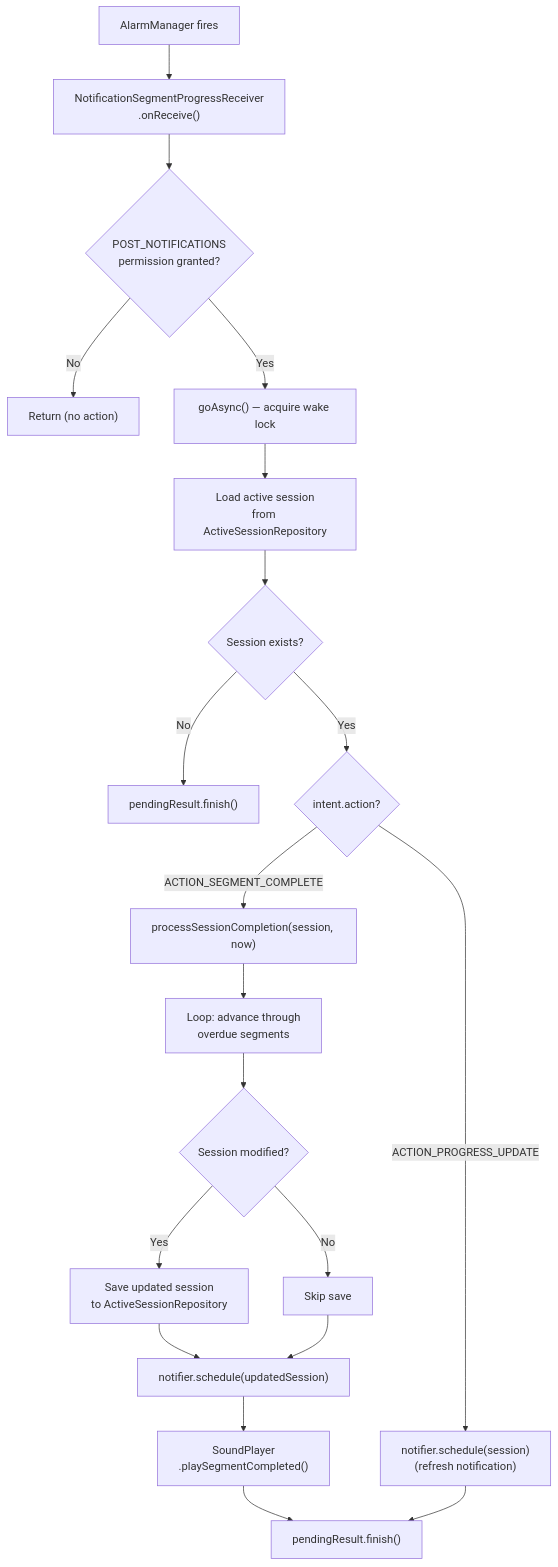
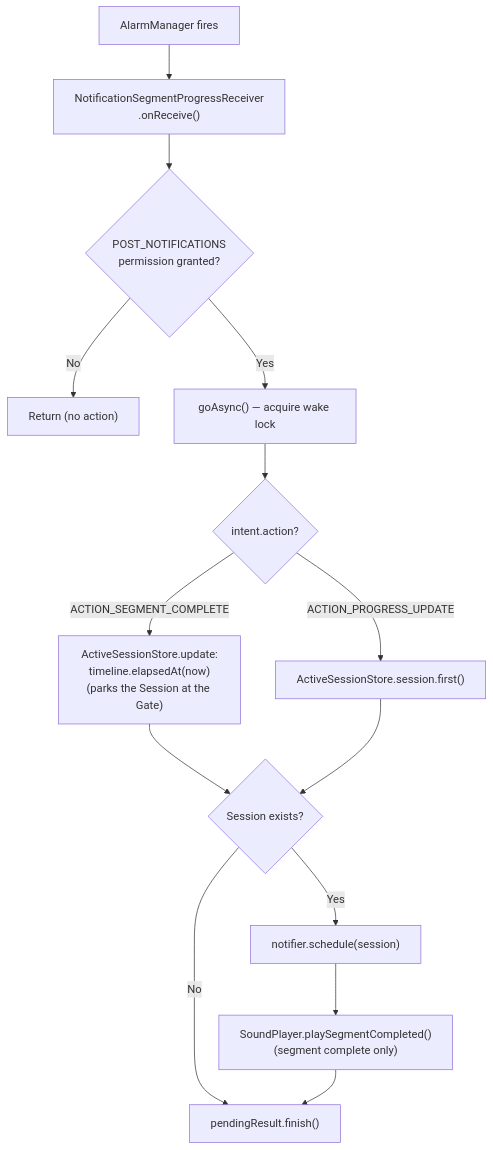
One commit to fakhrymubarak/PomoDojo changed the sixth of 11 diagrams in docs/features/notification/README.md. Above: the diagram before and after it, drawn with Mermaid. The commit also changed other lines of this file and 20 other files, not shown here.

First line of the commit message:
refactor(session): single writer through ActiveSessionStore

````diff
--- a/docs/features/notification/README.md
+++ b/docs/features/notification/README.md
@@ -209,22 +209,16 @@
 ```mermaid
 flowchart TD
     ALARM["AlarmManager fires"] --> RECEIVER["NotificationSegmentProgressReceiver\n.onReceive()"]
     RECEIVER --> PERM_CHECK{"POST_NOTIFICATIONS\npermission granted?"}
     PERM_CHECK -->|No| RETURN_EARLY["Return (no action)"]
     PERM_CHECK -->|Yes| ASYNC["goAsync() — acquire wake lock"]
-    ASYNC --> LOAD["Load active session\nfrom ActiveSessionRepository"]
-    LOAD --> HAS_SESSION{"Session exists?"}
-    HAS_SESSION -->|No| FINISH_1["pendingResult.finish()"]
-    HAS_SESSION -->|Yes| ACTION{"intent.action?"}
-    ACTION -->|" ACTION_SEGMENT_COMPLETE "| PROCESS["processSessionCompletion(session, now)"]
-    PROCESS --> ADVANCE_LOOP["Loop: advance through\noverdue segments"]
-    ADVANCE_LOOP --> SAVE{"Session modified?"}
-    SAVE -->|Yes| PERSIST["Save updated session\nto ActiveSessionRepository"]
-    SAVE -->|No| SKIP_SAVE["Skip save"]
-    PERSIST --> RESCHEDULE["notifier.schedule(updatedSession)"]
-    SKIP_SAVE --> RESCHEDULE
-    RESCHEDULE --> PLAY_SOUND["SoundPlayer\n.playSegmentCompleted()"]
-    ACTION -->|" ACTION_PROGRESS_UPDATE "| REFRESH["notifier.schedule(session)\n(refresh notification)"]
-    PLAY_SOUND --> FINISH_2["pendingResult.finish()"]
-    REFRESH --> FINISH_2
+    ASYNC --> ACTION{"intent.action?"}
+    ACTION -->|" ACTION_SEGMENT_COMPLETE "| PARK["ActiveSessionStore.update:\ntimeline.elapsedAt(now)\n(parks the Session at the Gate)"]
+    ACTION -->|" ACTION_PROGRESS_UPDATE "| READ["ActiveSessionStore.session.first()"]
+    PARK --> HAS_SESSION{"Session exists?"}
+    READ --> HAS_SESSION
+    HAS_SESSION -->|No| FINISH["pendingResult.finish()"]
+    HAS_SESSION -->|Yes| RESCHEDULE["notifier.schedule(session)"]
+    RESCHEDULE --> PLAY_SOUND["SoundPlayer.playSegmentCompleted()\n(segment complete only)"]
+    PLAY_SOUND --> FINISH
 ```
````
